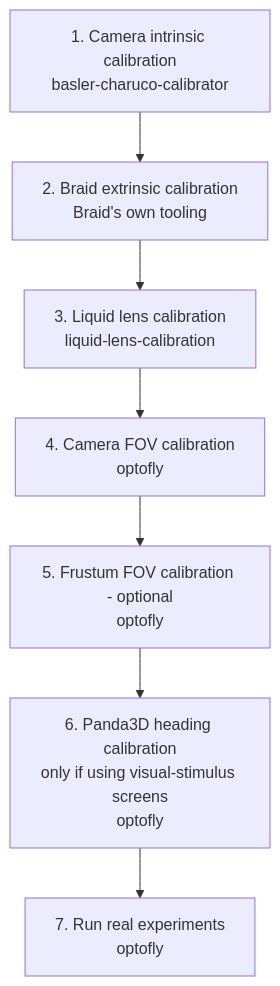
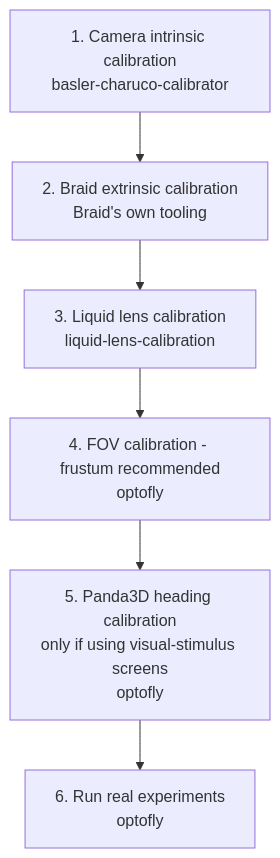
One commit to mpinb/optofly-docs changed the diagram in docs/workflow.md. Above: the diagram before and after it, drawn with Mermaid. The commit also changed other lines of this file, not shown here.

First line of the commit message:
Merge FOV calibration steps 4/5 into one step, defaulting to frustum

````diff
--- a/docs/workflow.md
+++ b/docs/workflow.md
@@ -13,9 +13,8 @@
 ```mermaid
 flowchart TD
     S1["1. Camera intrinsic calibration<br/>basler-charuco-calibrator"] --> S2["2. Braid extrinsic calibration<br/>Braid's own tooling"]
     S2 --> S3["3. Liquid lens calibration<br/>liquid-lens-calibration"]
-    S3 --> S4["4. Camera FOV calibration<br/>optofly"]
-    S4 --> S5["5. Frustum FOV calibration - optional<br/>optofly"]
-    S5 --> S6["6. Panda3D heading calibration<br/>only if using visual-stimulus screens<br/>optofly"]
-    S6 --> S7["7. Run real experiments<br/>optofly"]
+    S3 --> S4["4. FOV calibration - frustum recommended<br/>optofly"]
+    S4 --> S5["5. Panda3D heading calibration<br/>only if using visual-stimulus screens<br/>optofly"]
+    S5 --> S6["6. Run real experiments<br/>optofly"]
 ```
````
